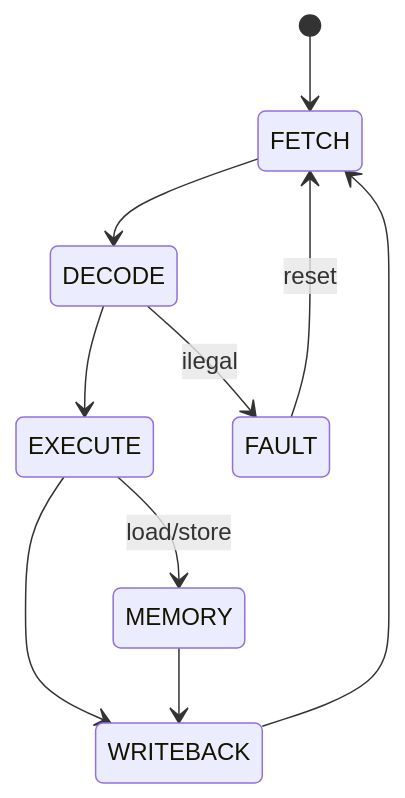
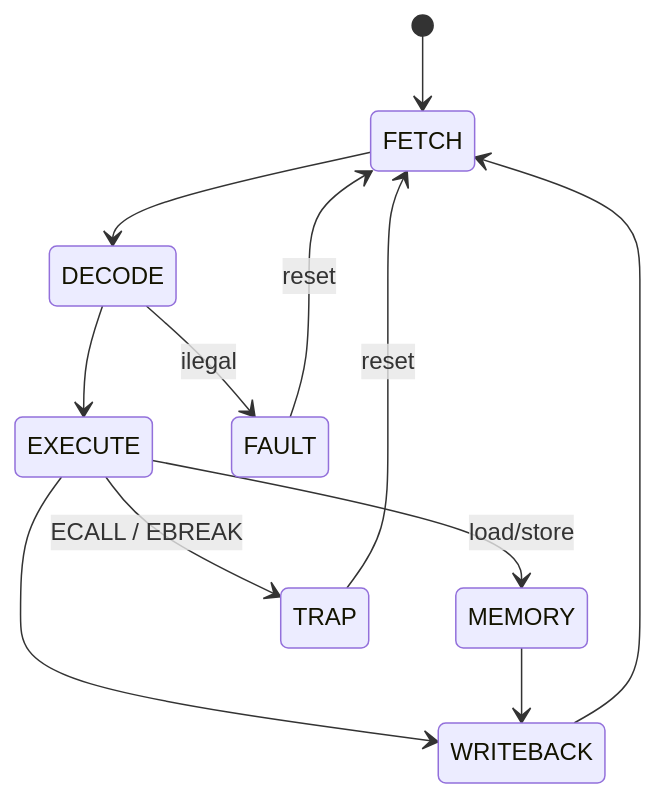
One commit to cmosuea-arch/RV32-multicycle changed the diagram in docs/modules/control_unit.md. Above: the diagram before and after it, drawn with Mermaid. The commit also changed other lines of this file and 153 other files, not shown here.

````diff
--- a/docs/modules/control_unit.md
+++ b/docs/modules/control_unit.md
@@ -16,12 +18,14 @@
 ```mermaid
 stateDiagram-v2
  [*] --> FETCH
  FETCH --> DECODE
  DECODE --> EXECUTE
  EXECUTE --> WRITEBACK
  EXECUTE --> MEMORY: load/store
+ EXECUTE --> TRAP: ECALL / EBREAK
  MEMORY --> WRITEBACK
  WRITEBACK --> FETCH
  DECODE --> FAULT: ilegal
  FAULT --> FETCH: reset
+ TRAP --> FETCH: reset
 ```
````
